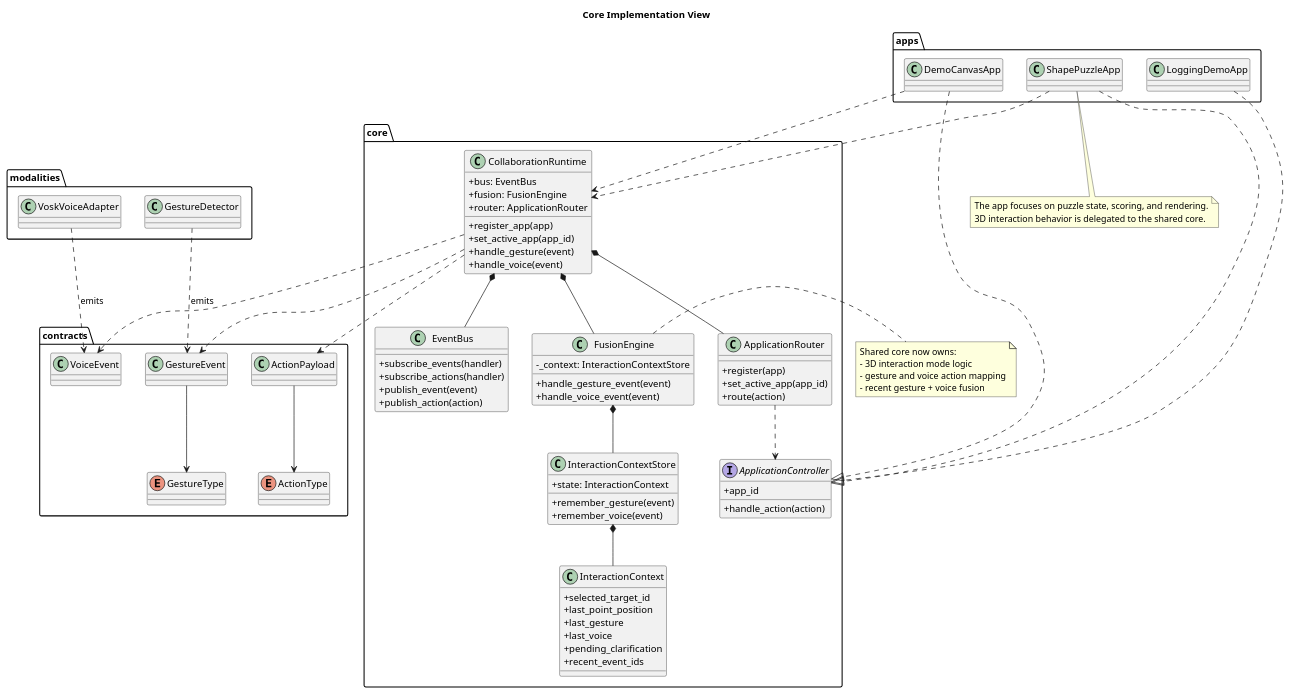
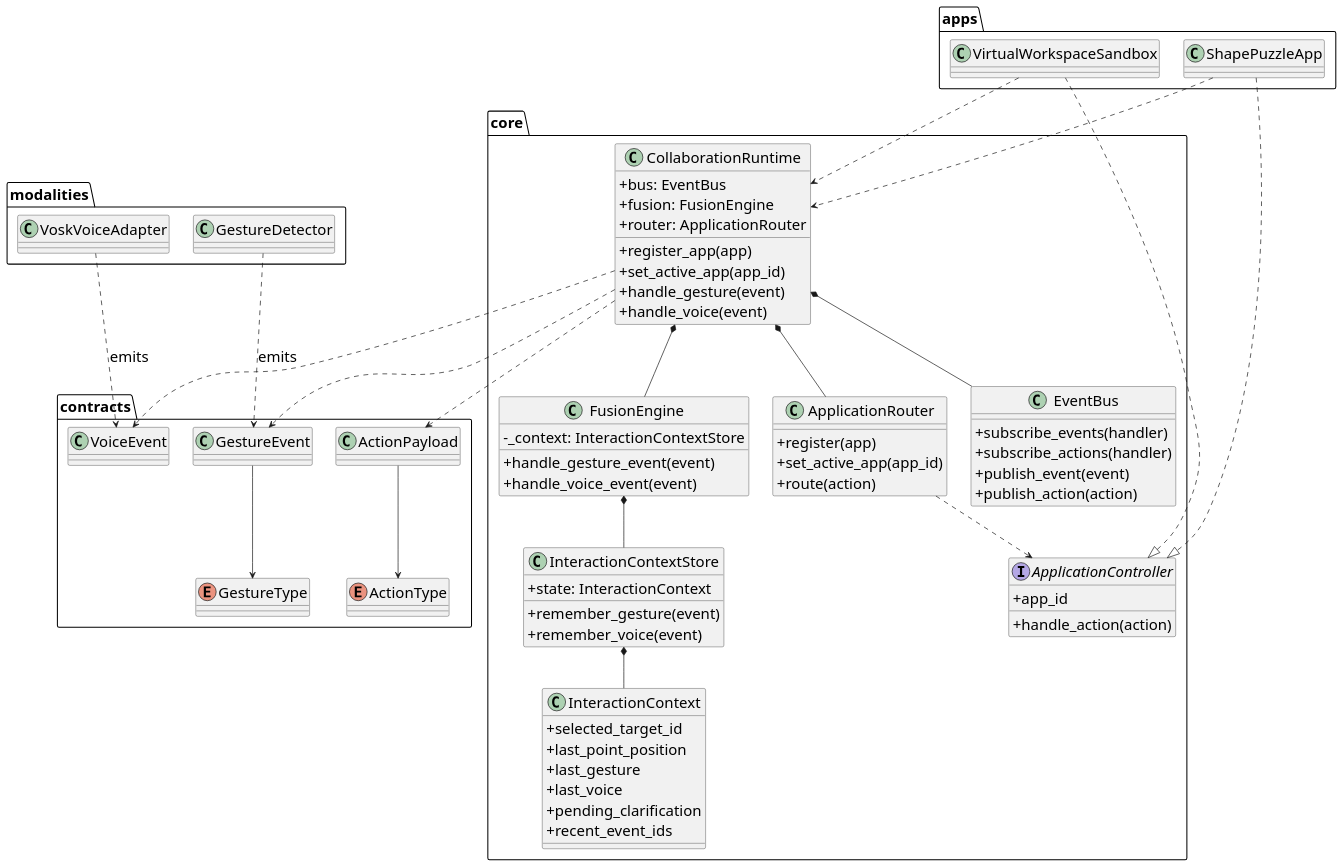
The diagram in docs/diagrams/core-implementation.puml (bohdanpotuzhnyi/JMCS_MMI_course_project), drawn with PlantUML before and after one commit. The commit also changed 7 other files, not shown here.

```diff
--- a/docs/diagrams/core-implementation.puml
+++ b/docs/diagrams/core-implementation.puml
@@ -1,115 +1,115 @@
 @startuml
-title Core Implementation View
-
-skinparam backgroundColor white
+skinparam backgroundColor transparent
 skinparam shadowing false
 skinparam classAttributeIconSize 0
+skinparam defaultFontSize 22
+skinparam titleFontSize 26
+skinparam packageTitleFontSize 18
+skinparam noteFontSize 16
 
 package "contracts" {
   class GestureEvent
   class VoiceEvent
   class ActionPayload
   enum GestureType
   enum ActionType
 }
 
 package "core" {
   class CollaborationRuntime {
     +bus: EventBus
     +fusion: FusionEngine
     +router: ApplicationRouter
     +register_app(app)
     +set_active_app(app_id)
     +handle_gesture(event)
     +handle_voice(event)
   }
 
   class EventBus {
     +subscribe_events(handler)
     +subscribe_actions(handler)
     +publish_event(event)
     +publish_action(action)
   }
 
   class FusionEngine {
     -_context: InteractionContextStore
     +handle_gesture_event(event)
     +handle_voice_event(event)
   }
 
   class InteractionContextStore {
     +state: InteractionContext
     +remember_gesture(event)
     +remember_voice(event)
   }
 
   class InteractionContext {
     +selected_target_id
     +last_point_position
     +last_gesture
     +last_voice
     +pending_clarification
     +recent_event_ids
   }
 
   interface ApplicationController {
     +app_id
     +handle_action(action)
   }
 
   class ApplicationRouter {
     +register(app)
     +set_active_app(app_id)
     +route(action)
   }
 }
 
 package "apps" {
-  class DemoCanvasApp
+  class VirtualWorkspaceSandbox
   class ShapePuzzleApp
-  class LoggingDemoApp
 }
 
 package "modalities" {
   class GestureDetector
   class VoskVoiceAdapter
 }
 
 GestureEvent --> GestureType
 ActionPayload --> ActionType
 
 CollaborationRuntime *-- EventBus
 CollaborationRuntime *-- FusionEngine
 CollaborationRuntime *-- ApplicationRouter
 
 FusionEngine *-- InteractionContextStore
 InteractionContextStore *-- InteractionContext
 
 CollaborationRuntime ..> GestureEvent
 CollaborationRuntime ..> VoiceEvent
 CollaborationRuntime ..> ActionPayload
 
 ApplicationRouter ..> ApplicationController
-DemoCanvasApp ..|> ApplicationController
+VirtualWorkspaceSandbox ..|> ApplicationController
 ShapePuzzleApp ..|> ApplicationController
-LoggingDemoApp ..|> ApplicationController
 
 GestureDetector ..> GestureEvent : emits
 VoskVoiceAdapter ..> VoiceEvent : emits
 
-DemoCanvasApp ..> CollaborationRuntime
+VirtualWorkspaceSandbox ..> CollaborationRuntime
 ShapePuzzleApp ..> CollaborationRuntime
 
-note right of FusionEngine
-Shared core now owns:
-- 3D interaction mode logic
-- gesture and voice action mapping
-- recent gesture + voice fusion
-end note
+' note right of FusionEngine
+' Shared core now owns:
+' - 3D interaction mode logic
+' - gesture and voice action mapping
+' - recent gesture + voice fusion
+' end note
 
-note bottom of ShapePuzzleApp
-The app focuses on puzzle state, scoring, and rendering.
-3D interaction behavior is delegated to the shared core.
-end note
+' note bottom of ShapePuzzleApp
+' The app focuses on puzzle state, scoring, and rendering.
+' 3D interaction behavior is delegated to the shared core.
+' end note
 
 @enduml
```
